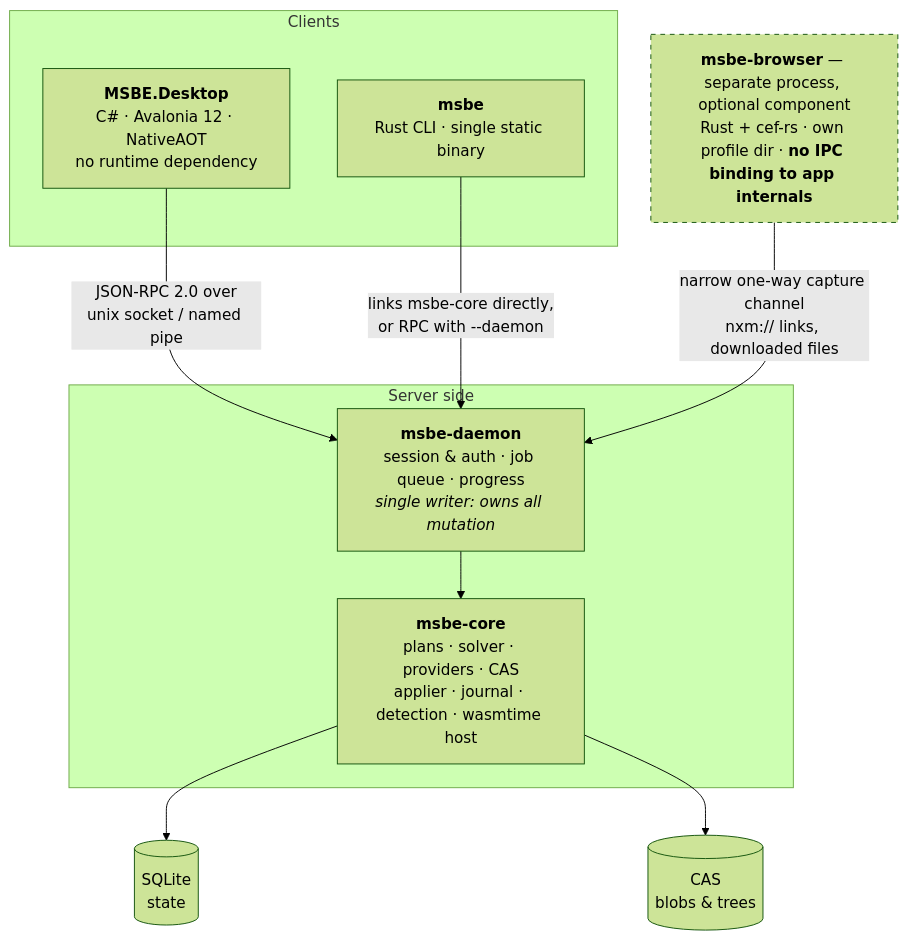
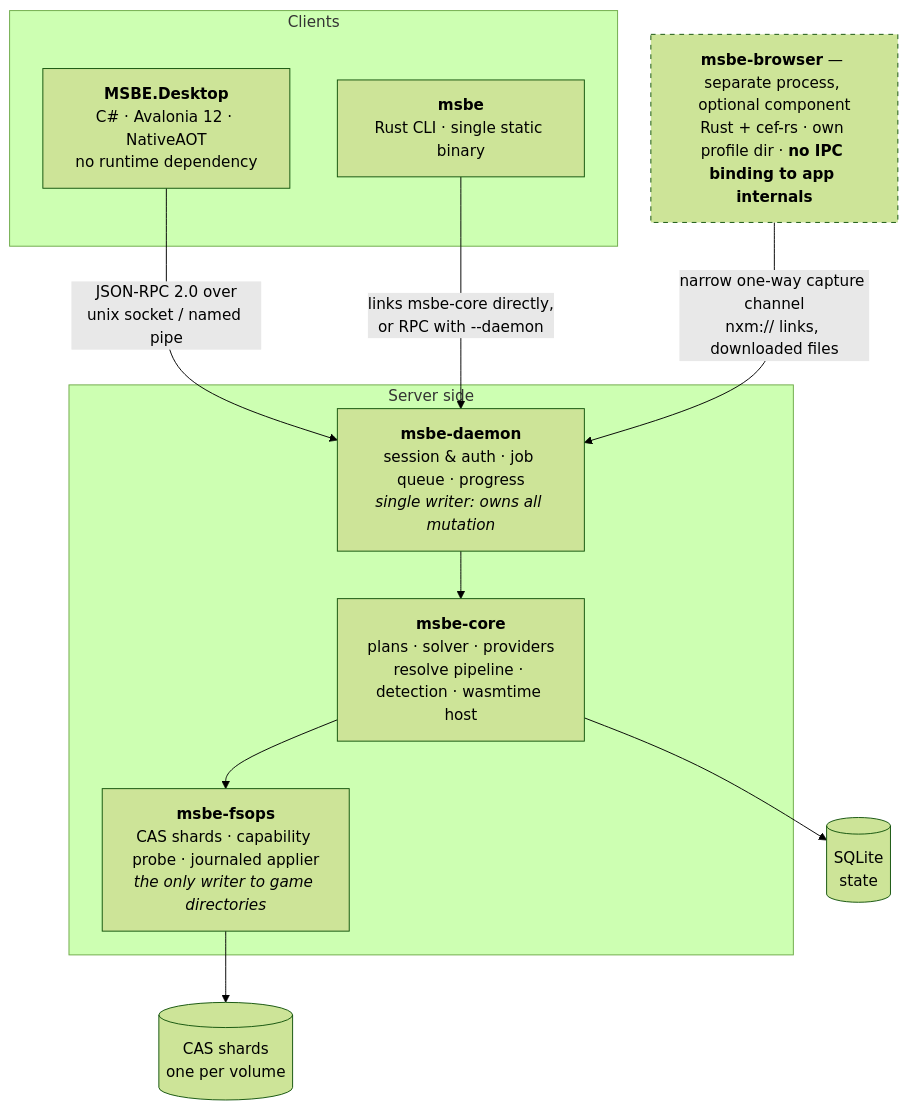
One commit to 5EUS/MSBE changed the diagram in docs/03-architecture.md. Above: the diagram before and after it, drawn with Mermaid (forest theme). The commit also changed other lines of this file and 17 other files, not shown here.

First line of the commit message:
Implement append-only write-ahead journal and related filesystem operations

````diff
--- a/docs/03-architecture.md
+++ b/docs/03-architecture.md
@@ -5,24 +5,26 @@
 ```mermaid
 flowchart TB
   subgraph Clients
     UI["<b>MSBE.Desktop</b><br/>C# · Avalonia 12 · NativeAOT<br/>no runtime dependency"]
     CLI["<b>msbe</b><br/>Rust CLI · single static binary"]
   end
 
   UI -->|"JSON-RPC 2.0 over<br/>unix socket / named pipe"| D
   CLI -->|"links msbe-core directly,<br/>or RPC with --daemon"| D
 
   subgraph Server["Server side"]
     D["<b>msbe-daemon</b><br/>session &amp; auth · job queue · progress<br/><i>single writer: owns all mutation</i>"]
-    C["<b>msbe-core</b><br/>plans · solver · providers · CAS<br/>applier · journal · detection · wasmtime host"]
+    C["<b>msbe-core</b><br/>plans · solver · providers<br/>resolve pipeline · detection · wasmtime host"]
+    F["<b>msbe-fsops</b><br/>CAS shards · capability probe · journaled applier<br/><i>the only writer to game directories</i>"]
     D --> C
+    C --> F
   end
 
   C --> DB[("SQLite<br/>state")]
-  C --> CAS[("CAS<br/>blobs &amp; trees")]
+  F --> CAS[("CAS shards<br/>one per volume")]
 
   B["<b>msbe-browser</b> — separate process, optional component<br/>Rust + cef-rs · own profile dir · <b>no IPC binding to app internals</b>"]
   B -->|"narrow one-way capture channel<br/>nxm:// links, downloaded files"| D
 
   style B stroke-dasharray: 5 5
 ```
````
